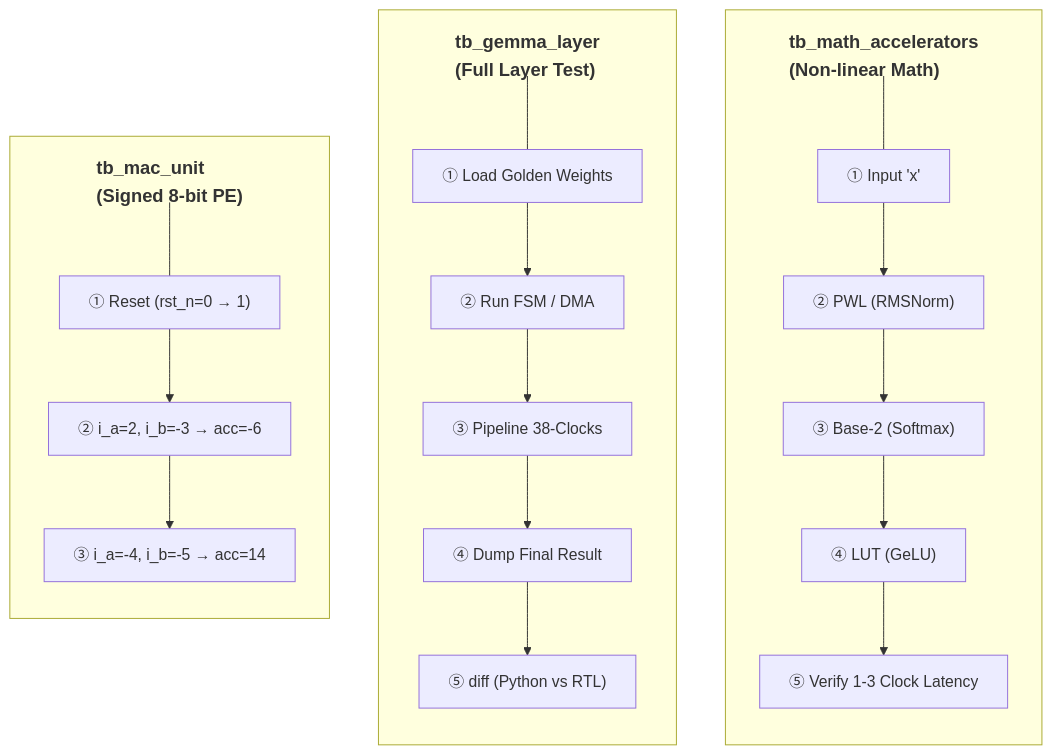
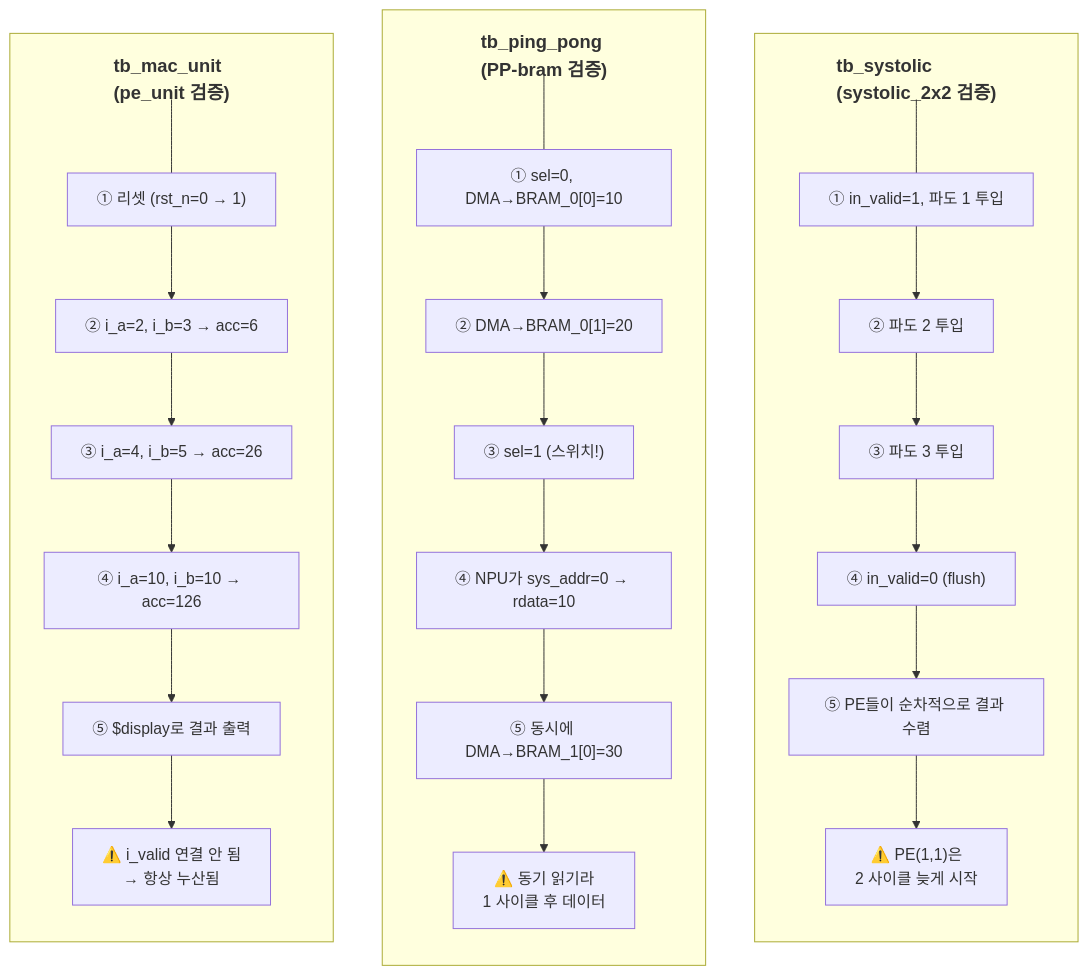
Before and after one commit to hwkim-dev/NPU-FPGA-Transformer-Accelerator-KV260: the first of 2 diagrams in Architecture/Testbench.md, drawn with Mermaid. The commit also changed other lines of this file and 111 other files, not shown here.

Commit message:
update: add AXI DMA tools between CPU - NPU in python langs

````diff
--- a/Architecture/Testbench.md
+++ b/Architecture/Testbench.md
@@ -21,42 +9,47 @@
 ```mermaid
 flowchart LR
-    %% Arranged horizontally in 3 columns
+    %% 전체는 가로(1행 3열) 배치
     
-    subgraph tb_mac_unit["<h3>tb_mac_unit<br/>(Signed 8-bit PE)</h3>"]
+    subgraph tb_mac_unit["<h3>tb_mac_unit<br/>(pe_unit 검증)</h3>"]
         direction TB
-        %% Transparent node for spacing
+        %% 제목과의 간격을 위한 투명 노드
         sep1[ ] --- T1
         style sep1 fill:none,stroke:none
         
-        T1["① Reset (rst_n=0 → 1)"] --> T2["② i_a=2, i_b=-3 → acc=-6"]
-        T2 --> T3["③ i_a=-4, i_b=-5 → acc=14"]
+        T1["① 리셋 (rst_n=0 → 1)"] --> T2["② i_a=2, i_b=3 → acc=6"]
+        T2 --> T3["③ i_a=4, i_b=5 → acc=26"]
+        T3 --> T4["④ i_a=10, i_b=10 → acc=126"]
+        T4 --> T5["⑤ $display로 결과 출력"]
+        T5 --> W1["⚠️ i_valid 연결 안 됨\n→ 항상 누산됨"]
     end
 
-    subgraph tb_gemma_layer["<h3>tb_gemma_layer<br/>(Full Layer Test)</h3>"]
+    subgraph tb_ping_pong["<h3>tb_ping_pong<br/>(PP-bram 검증)</h3>"]
         direction TB
-        %% Transparent node for spacing
+        %% 제목과의 간격을 위한 투명 노드
         sep2[ ] --- P1
         style sep2 fill:none,stroke:none
 
-        P1["① Load Golden Weights"] --> P2["② Run FSM / DMA"]
-        P2 --> P3["③ Pipeline 38-Clocks"]
-        P3 --> P4["④ Dump Final Result"]
-        P4 --> P5["⑤ diff (Python vs RTL)"]
+        P1["① sel=0, DMA→BRAM_0[0]=10"] --> P2["② DMA→BRAM_0[1]=20"]
+        P2 --> P3["③ sel=1 (스위치!)"]
+        P3 --> P4["④ NPU가 sys_addr=0 → rdata=10"]
+        P4 --> P5["⑤ 동시에 DMA→BRAM_1[0]=30"]
+        P5 --> W2["⚠️ 동기 읽기라\n1 사이클 후 데이터"]
     end
 
-    subgraph tb_math_accelerators["<h3>tb_math_accelerators<br/>(Non-linear Math)</h3>"]
+    subgraph tb_systolic["<h3>tb_systolic<br/>(systolic_2x2 검증)</h3>"]
         direction TB
-        %% Transparent node for spacing
+        %% 제목과의 간격을 위한 투명 노드
         sep3[ ] --- S1
         style sep3 fill:none,stroke:none
 
-        S1["① Input 'x'"] --> S2["② PWL (RMSNorm)"]
-        S2 --> S3["③ Base-2 (Softmax)"]
-        S3 --> S4["④ LUT (GeLU)"]
-        S4 --> S5["⑤ Verify 1-3 Clock Latency"]
+        S1["① in_valid=1, 파도 1 투입"] --> S2["② 파도 2 투입"]
+        S2 --> S3["③ 파도 3 투입"]
+        S3 --> S4["④ in_valid=0 (flush)"]
+        S4 --> S5["⑤ PE들이 순차적으로 결과 수렴"]
+        S5 --> W3["⚠️ PE(1,1)은\n2 사이클 늦게 시작"]
     end
 
-    %% Transparent links to maintain 3-column layout
-    tb_mac_unit ~~~ tb_gemma_layer
-    tb_gemma_layer ~~~ tb_math_accelerators
+    %% 3열 배치를 유지하기 위한 투명 연결선
+    tb_mac_unit ~~~ tb_ping_pong
+    tb_ping_pong ~~~ tb_systolic
 ```
````
